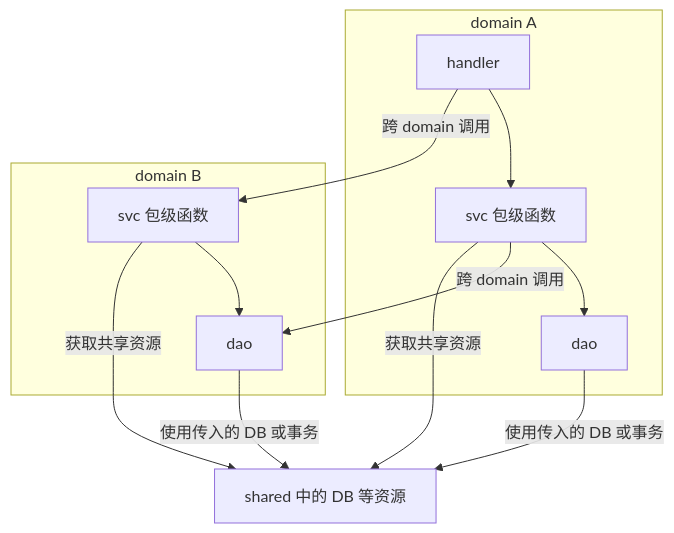
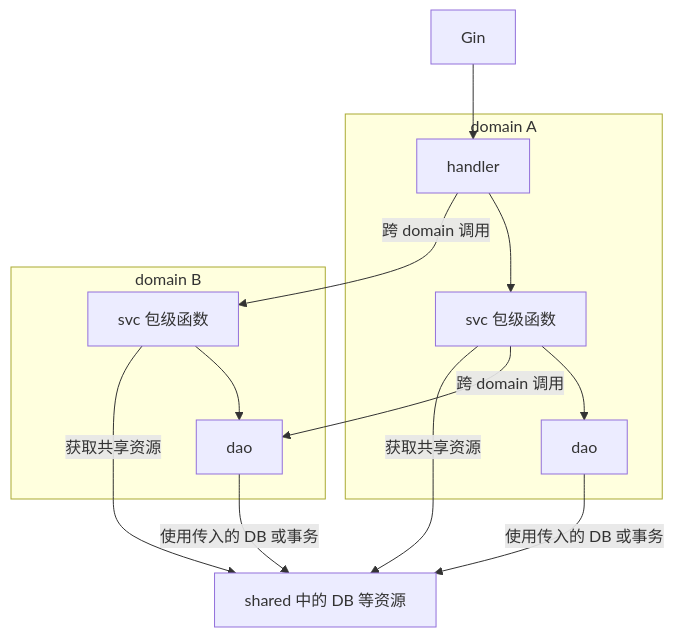
Before and after one commit to KevinZonda/MyWindowsSetup: the first of 4 diagrams in DevSpec/go.md, drawn with Mermaid. The commit also changed other lines of this file, not shown here.

Commit message:
docs: add InitAll and Gin handler dependencies

````diff
--- a/DevSpec/go.md
+++ b/DevSpec/go.md
@@ -96,16 +96,17 @@
 ```mermaid
 flowchart TB
     subgraph DomainA["domain A"]
         HandlerA["handler"] --> SvcA["svc 包级函数"]
         SvcA --> DaoA["dao"]
     end
     subgraph DomainB["domain B"]
         SvcB["svc 包级函数"] --> DaoB["dao"]
     end
+    Gin["Gin"] --> HandlerA
     HandlerA -->|跨 domain 调用| SvcB
     SvcA -->|跨 domain 调用| DaoB
     SvcA -->|获取共享资源| SharedDB["shared 中的 DB 等资源"]
     SvcB -->|获取共享资源| SharedDB
     DaoA -->|使用传入的 DB 或事务| SharedDB
     DaoB -->|使用传入的 DB 或事务| SharedDB
 ```
````
